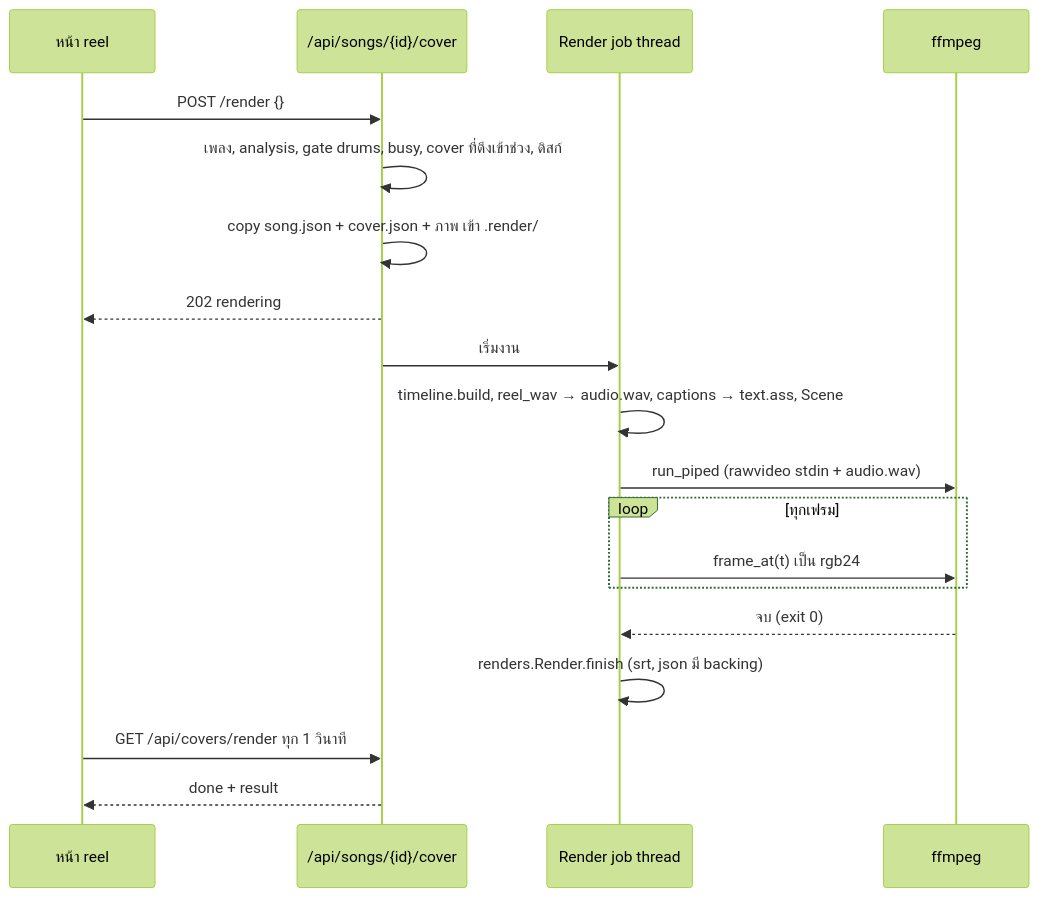
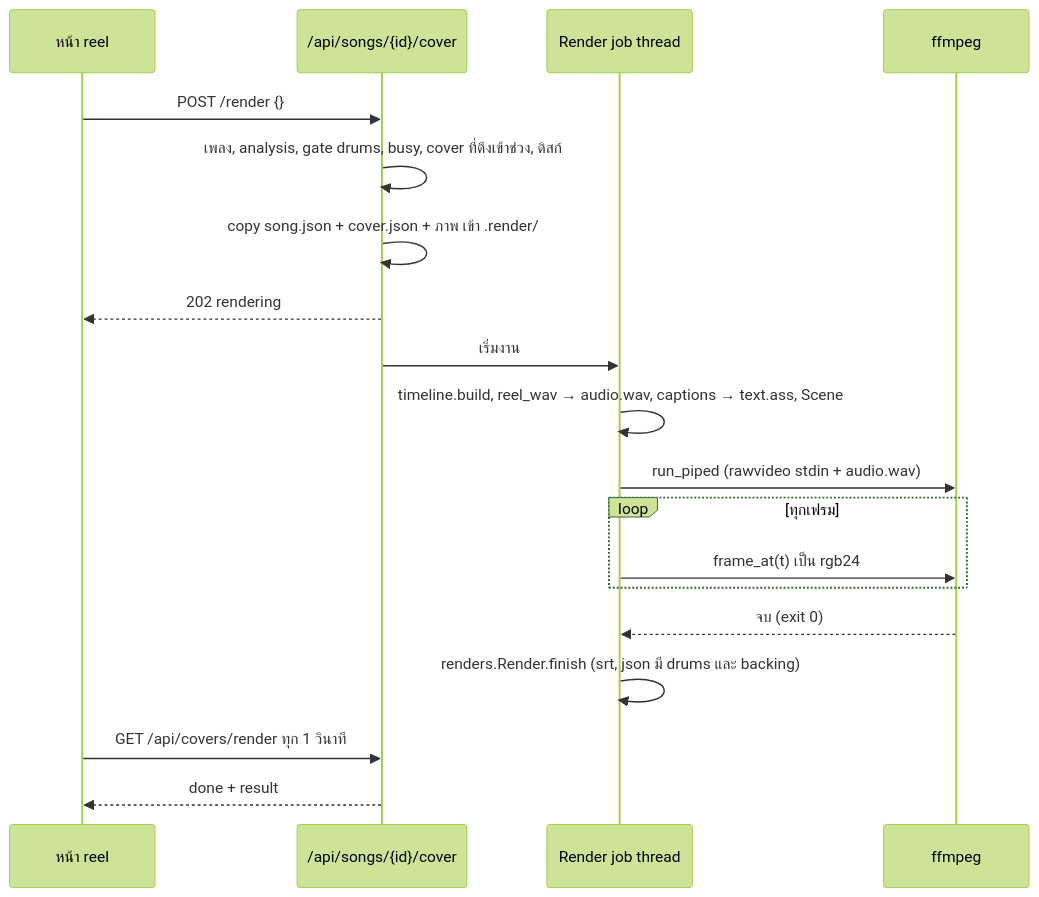
One commit to mousemouse094526/framecraft changed the second of 3 diagrams in docs/features/drum-cover/flow.md. Above: the diagram before and after it, drawn with Mermaid (forest theme). The commit also changed other lines of this file and 37 other files, not shown here.

````diff
--- a/docs/features/drum-cover/flow.md
+++ b/docs/features/drum-cover/flow.md
@@ -50,21 +52,21 @@
 ```mermaid
 sequenceDiagram
   participant Web as หน้า reel
   participant API as /api/songs/{id}/cover
   participant Job as Render job thread
   participant FF as ffmpeg
   Web->>API: POST /render {}
   API->>API: เพลง, analysis, gate drums, busy, cover ที่ดึงเข้าช่วง, ดิสก์
   API->>API: copy song.json + cover.json + ภาพ เข้า .render/
   API-->>Web: 202 rendering
   API->>Job: เริ่มงาน
   Job->>Job: timeline.build, reel_wav → audio.wav, captions → text.ass, Scene
   Job->>FF: run_piped (rawvideo stdin + audio.wav)
   loop ทุกเฟรม
     Job->>FF: frame_at(t) เป็น rgb24
   end
   FF-->>Job: จบ (exit 0)
-  Job->>Job: renders.Render.finish (srt, json มี backing)
+  Job->>Job: renders.Render.finish (srt, json มี drums และ backing)
   Web->>API: GET /api/covers/render ทุก 1 วินาที
   API-->>Web: done + result
 ```
````
